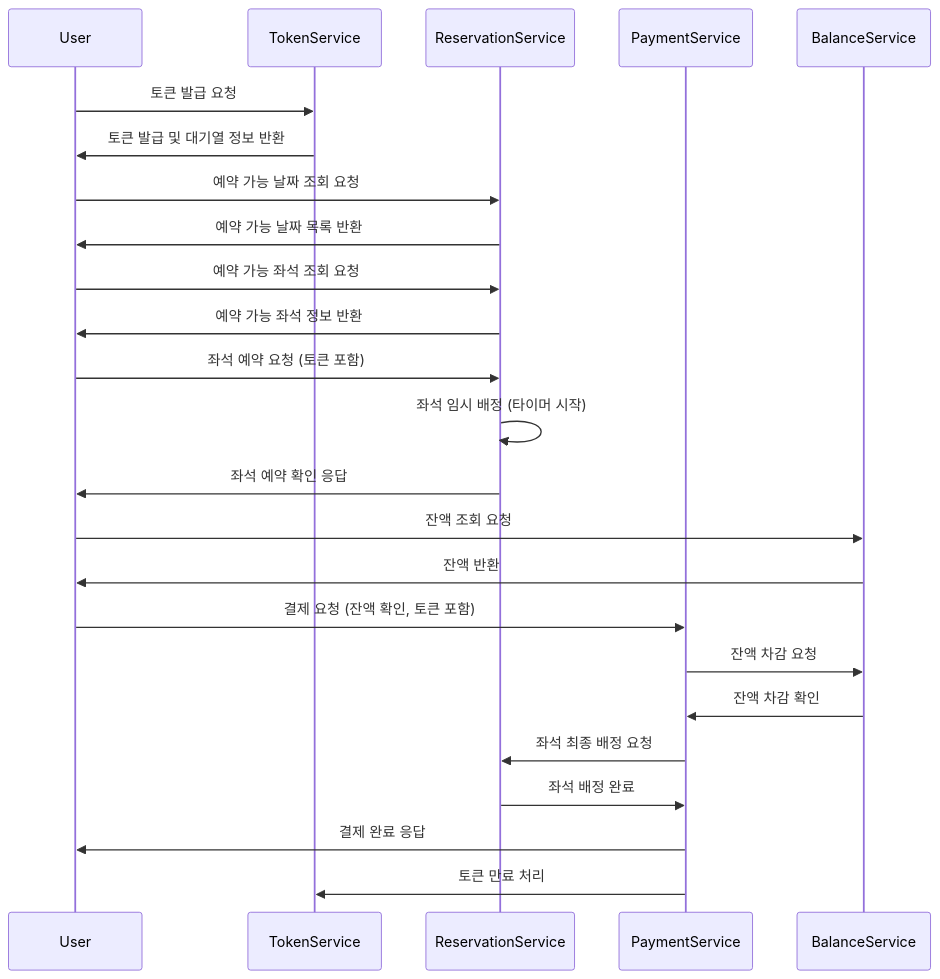
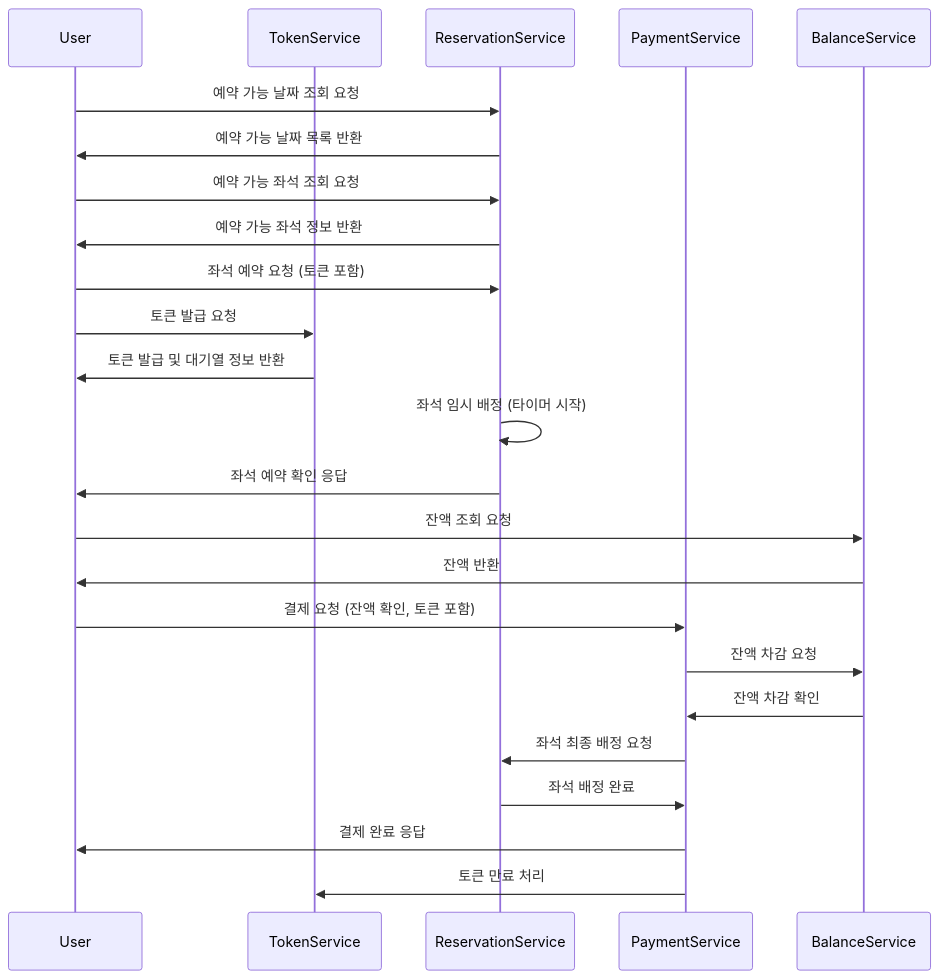
One commit to fatallinverno/hhplus-concert-reservation changed the first of 2 diagrams in README.md. Above: the diagram before and after it, drawn with Mermaid. The commit also changed other lines of this file, not shown here.

Commit message:
시퀀스 다이어그램 수정

````diff
--- a/README.md
+++ b/README.md
@@ -2,32 +2,32 @@
 ```mermaid
 sequenceDiagram
     participant User
     participant TokenService
     participant ReservationService
     participant PaymentService
     participant BalanceService
 
-    User ->> TokenService: 토큰 발급 요청
-    TokenService ->> User: 토큰 발급 및 대기열 정보 반환
-
     User ->> ReservationService: 예약 가능 날짜 조회 요청
     ReservationService ->> User: 예약 가능 날짜 목록 반환
 
     User ->> ReservationService: 예약 가능 좌석 조회 요청
     ReservationService ->> User: 예약 가능 좌석 정보 반환
 
     User ->> ReservationService: 좌석 예약 요청 (토큰 포함)
+    User ->> TokenService: 토큰 발급 요청
+    TokenService ->> User: 토큰 발급 및 대기열 정보 반환
+    
     ReservationService ->> ReservationService: 좌석 임시 배정 (타이머 시작)
     ReservationService ->> User: 좌석 예약 확인 응답
 
     User ->> BalanceService: 잔액 조회 요청
     BalanceService ->> User: 잔액 반환
 
     User ->> PaymentService: 결제 요청 (잔액 확인, 토큰 포함)
     PaymentService ->> BalanceService: 잔액 차감 요청
     BalanceService ->> PaymentService: 잔액 차감 확인
     PaymentService ->> ReservationService: 좌석 최종 배정 요청
     ReservationService ->> PaymentService: 좌석 배정 완료
     PaymentService ->> User: 결제 완료 응답
     PaymentService ->> TokenService: 토큰 만료 처리
 ```
````
